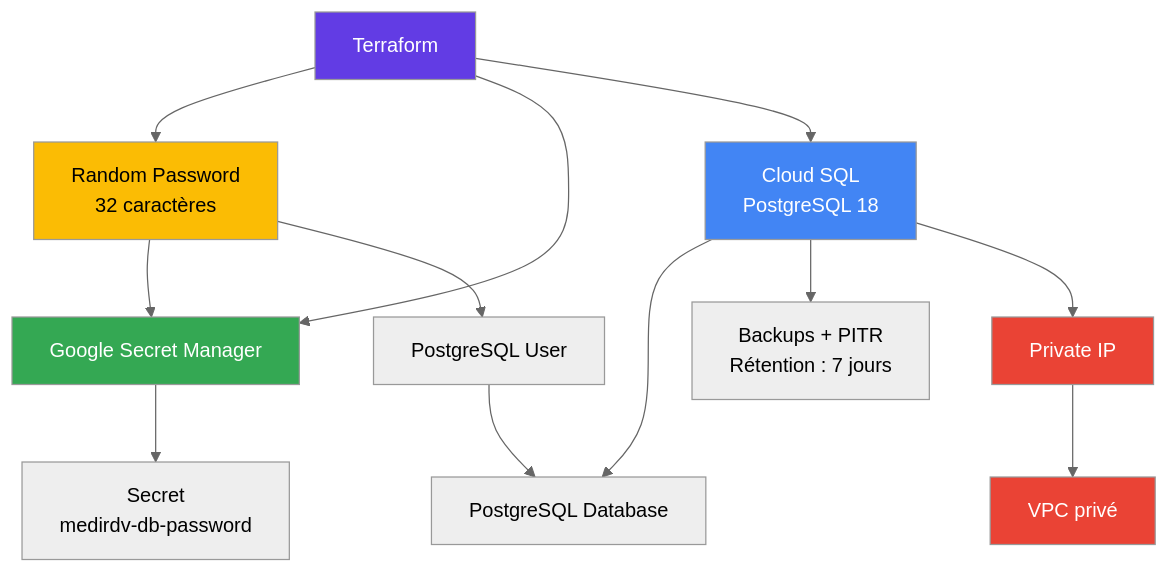
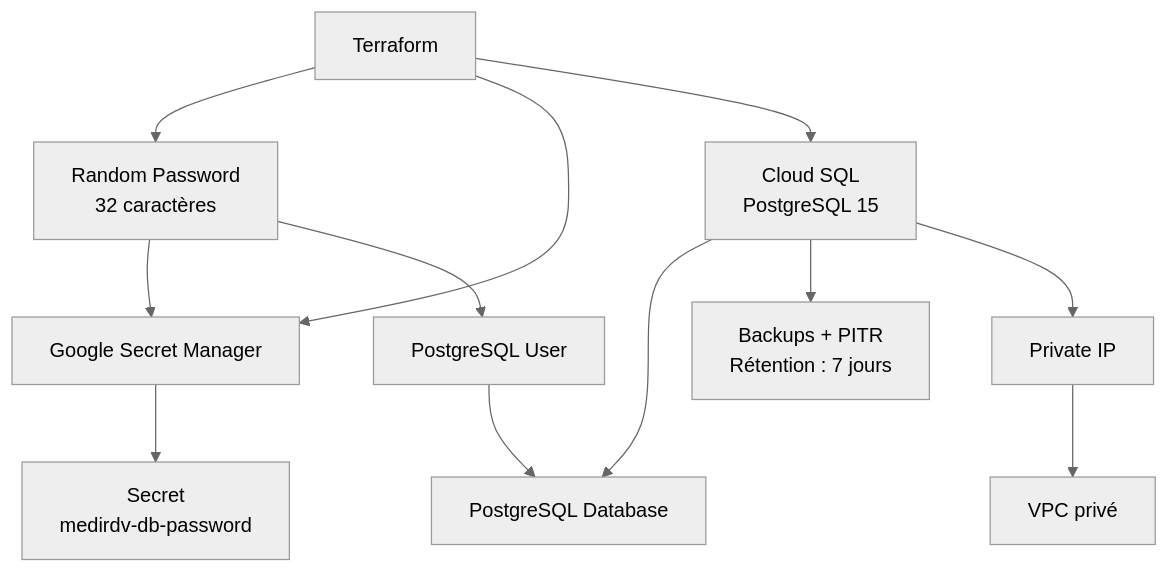
One commit to ismael-belghazi/medirdv changed the first of 3 diagrams in terraform/modules/database/README.md. Above: the diagram before and after it, drawn with Mermaid (neutral theme). The commit also changed other lines of this file and 6 other files, not shown here.

````diff
--- a/terraform/modules/database/README.md
+++ b/terraform/modules/database/README.md
@@ -7,26 +8,19 @@
-```mermaid 
+```mermaid
 flowchart TD
     TF["Terraform"]
 
     TF --> RP["Random Password<br/>32 caractères"]
     TF --> SM["Google Secret Manager"]
-    TF --> SQL["Cloud SQL<br/>PostgreSQL 18"]
+    TF --> SQL["Cloud SQL<br/>PostgreSQL 15"]
 
     RP --> SM
     RP --> USER["PostgreSQL User"]
     SM --> SECRET["Secret<br/>medirdv-db-password"]
 
     SQL --> DB["PostgreSQL Database"]
     SQL --> BACKUP["Backups + PITR<br/>Rétention : 7 jours"]
     SQL --> VPC["Private IP"]
     VPC --> NETWORK["VPC privé"]
 
     USER --> DB
-
-    style TF fill:#623CE4,color:#fff
-    style SQL fill:#4285F4,color:#fff
-    style SM fill:#34A853,color:#fff
-    style RP fill:#FBBC04,color:#000
-    style VPC fill:#EA4335,color:#fff
-    style NETWORK fill:#EA4335,color:#fff
 ```
````
